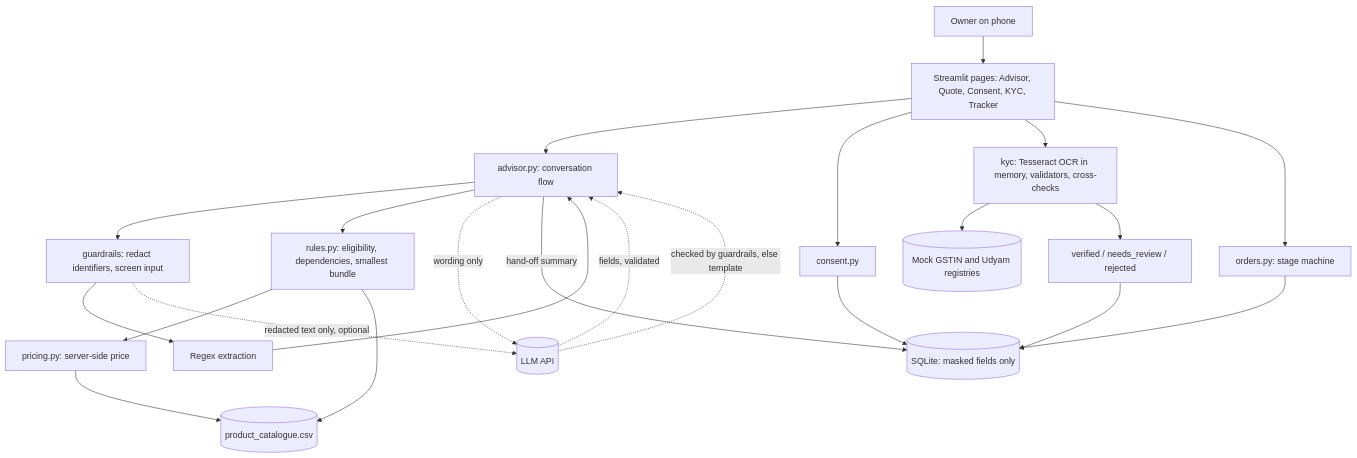
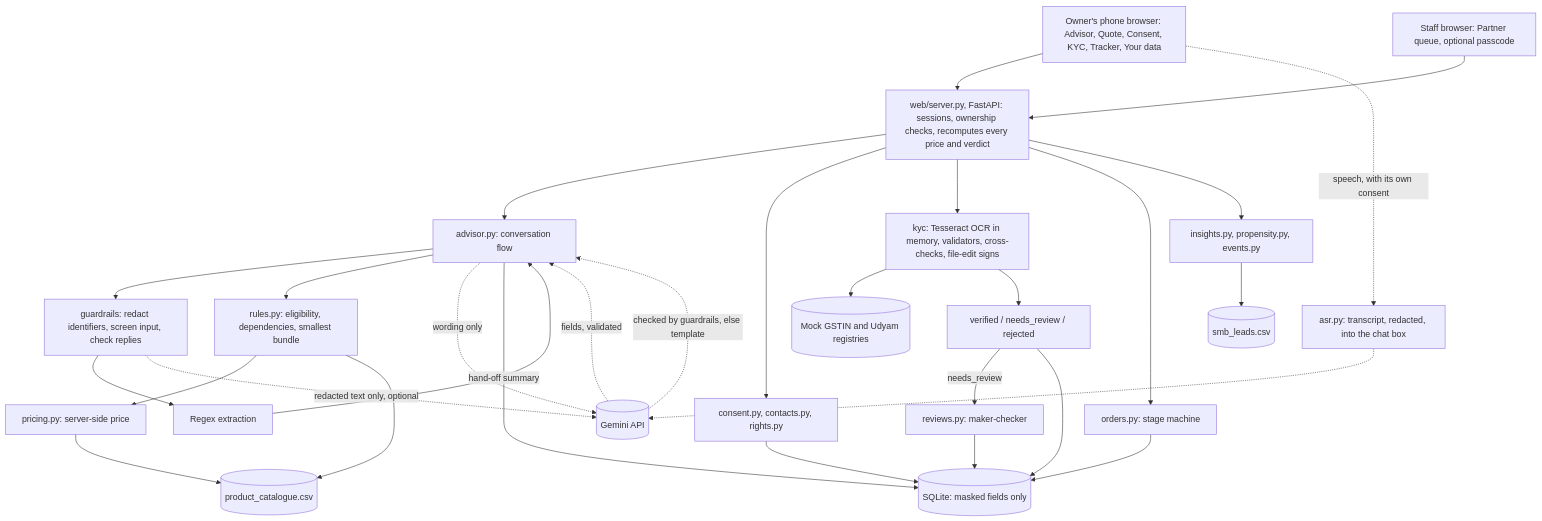
Before and after one commit to adityamalik24/udyam-digital: the diagram in docs/architecture.md, drawn with Mermaid. The commit also changed 22 other files, not shown here.

First line of the commit message:
Add the contact step, grouped logs, staff passcode and honest hand-off replies

````diff
--- a/docs/architecture.md
+++ b/docs/architecture.md
@@ -7,25 +7,32 @@
 ```mermaid
 flowchart TD
-  U[Owner on phone] --> UI[Streamlit pages: Advisor, Quote, Consent, KYC, Tracker]
-  UI --> ADV[advisor.py: conversation flow]
-  ADV --> RED[guardrails: redact identifiers, screen input]
+  U[Owner's phone browser: Advisor, Quote, Consent, KYC, Tracker, Your data] --> S[web/server.py, FastAPI: sessions, ownership checks, recomputes every price and verdict]
+  P[Staff browser: Partner queue, optional passcode] --> S
+  S --> ADV[advisor.py: conversation flow]
+  ADV --> RED[guardrails: redact identifiers, screen input, check replies]
   RED --> EXT[Regex extraction]
-  RED -. redacted text only, optional .-> LLM[(LLM API)]
+  RED -. redacted text only, optional .-> LLM[(Gemini API)]
+  U -. speech, with its own consent .-> ASR[asr.py: transcript, redacted, into the chat box]
+  ASR -.-> LLM
   LLM -. fields, validated .-> ADV
   EXT --> ADV
   ADV --> RULES[rules.py: eligibility, dependencies, smallest bundle]
   RULES --> PRICE[pricing.py: server-side price]
   PRICE --> CAT[(product_catalogue.csv)]
   RULES --> CAT
   ADV -. wording only .-> LLM
   LLM -. checked by guardrails, else template .-> ADV
-  UI --> CONS[consent.py]
-  UI --> KYC[kyc: Tesseract OCR in memory, validators, cross-checks]
+  S --> CONS[consent.py, contacts.py, rights.py]
+  S --> KYC[kyc: Tesseract OCR in memory, validators, cross-checks, file-edit signs]
   KYC --> REG[(Mock GSTIN and Udyam registries)]
   KYC --> V[verified / needs_review / rejected]
-  UI --> ORD[orders.py: stage machine]
+  V -->|needs_review| REV[reviews.py: maker-checker]
+  S --> ORD[orders.py: stage machine]
+  S --> INS[insights.py, propensity.py, events.py]
+  INS --> LEADS[(smb_leads.csv)]
   CONS --> DB[(SQLite: masked fields only)]
   V --> DB
+  REV --> DB
   ORD --> DB
   ADV -->|hand-off summary| DB
 ```
````
